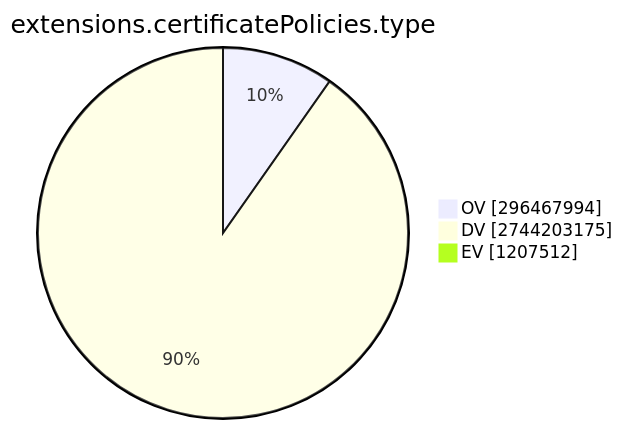
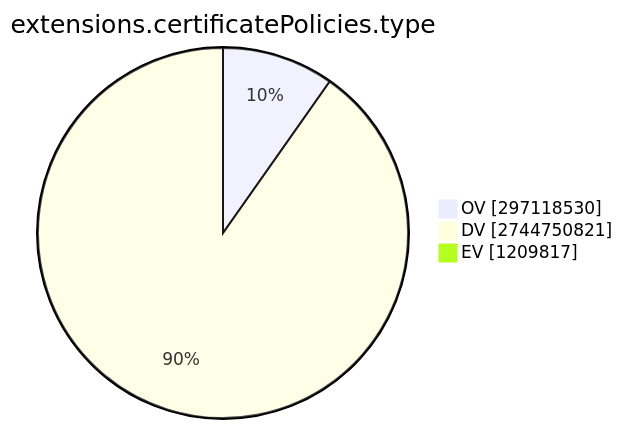
One commit to christiankrug/ctmonitor_visualization changed the ninth of 15 diagrams in TOTAL/README.md. Above: the diagram before and after it, drawn with Mermaid. The commit also changed other lines of this file, not shown here.

````diff
--- a/TOTAL/README.md
+++ b/TOTAL/README.md
@@ -3098,7 +3099,7 @@
 ```mermaid
 pie showData
 title extensions.certificatePolicies.type
-"OV" :296467994
-"DV" :2744203175
-"EV" :1207512
+"OV" :297118530
+"DV" :2744750821
+"EV" :1209817
 ```
````
